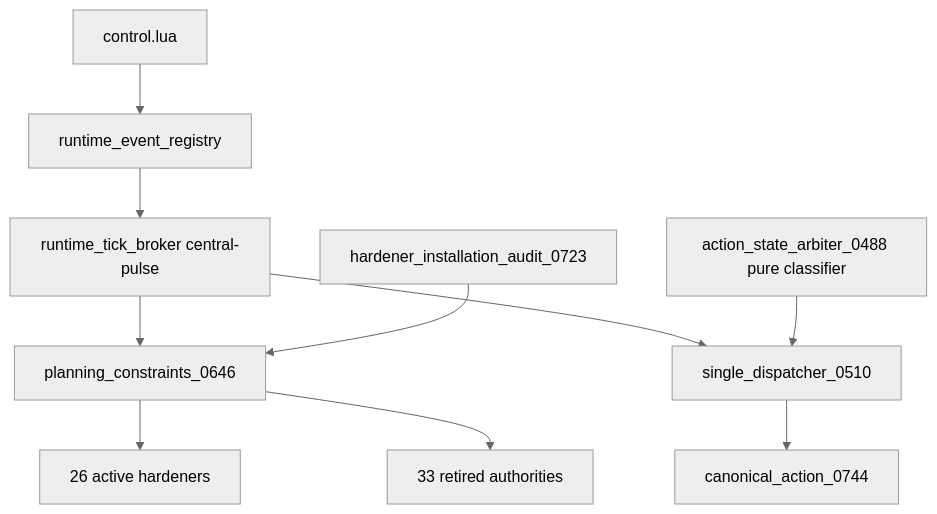
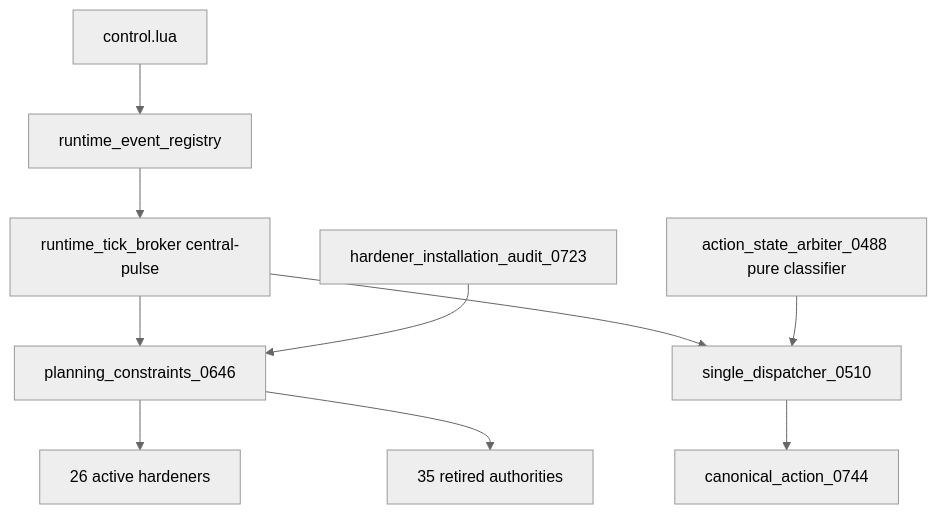
The first of 12 diagrams in docs/RECOVERY_AUTHORITY_MAP_CURRENT.md (mrcalzon02/Tech-Priests), drawn with Mermaid (neutral theme) before and after one commit. The commit also changed other lines of this file and 19 other files, not shown here.

````diff
--- a/docs/RECOVERY_AUTHORITY_MAP_CURRENT.md
+++ b/docs/RECOVERY_AUTHORITY_MAP_CURRENT.md
@@ -13,12 +13,12 @@
 ```mermaid
 flowchart TD
     Control[control.lua] --> Registry[runtime_event_registry]
     Registry --> Broker[runtime_tick_broker central-pulse]
     Broker --> Planning[planning_constraints_0646]
     Planning --> Prearm[26 active hardeners]
-    Planning --> Retired[33 retired authorities]
+    Planning --> Retired[35 retired authorities]
     Broker --> Dispatcher[single_dispatcher_0510]
     Dispatcher --> Action[canonical_action_0744]
     Arbiter[action_state_arbiter_0488 pure classifier] --> Dispatcher
     Finalizer[hardener_installation_audit_0723] --> Planning
 ```
````
